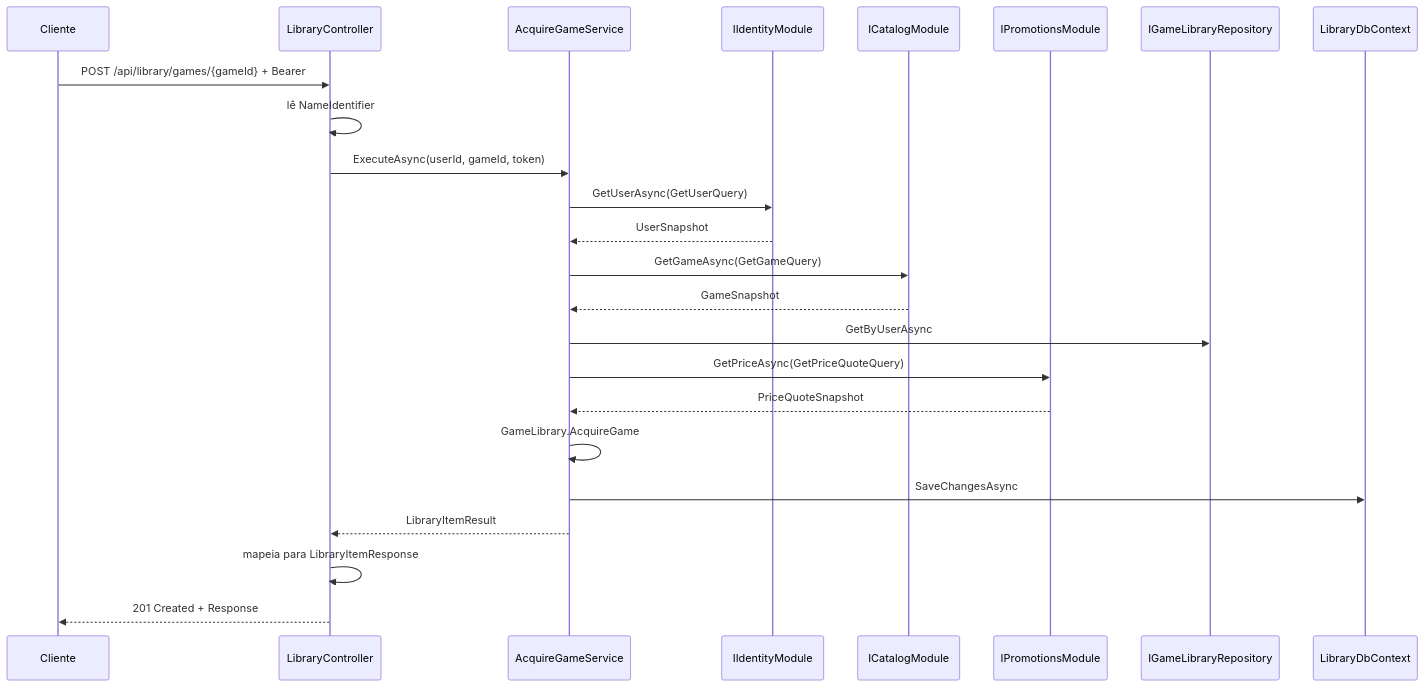
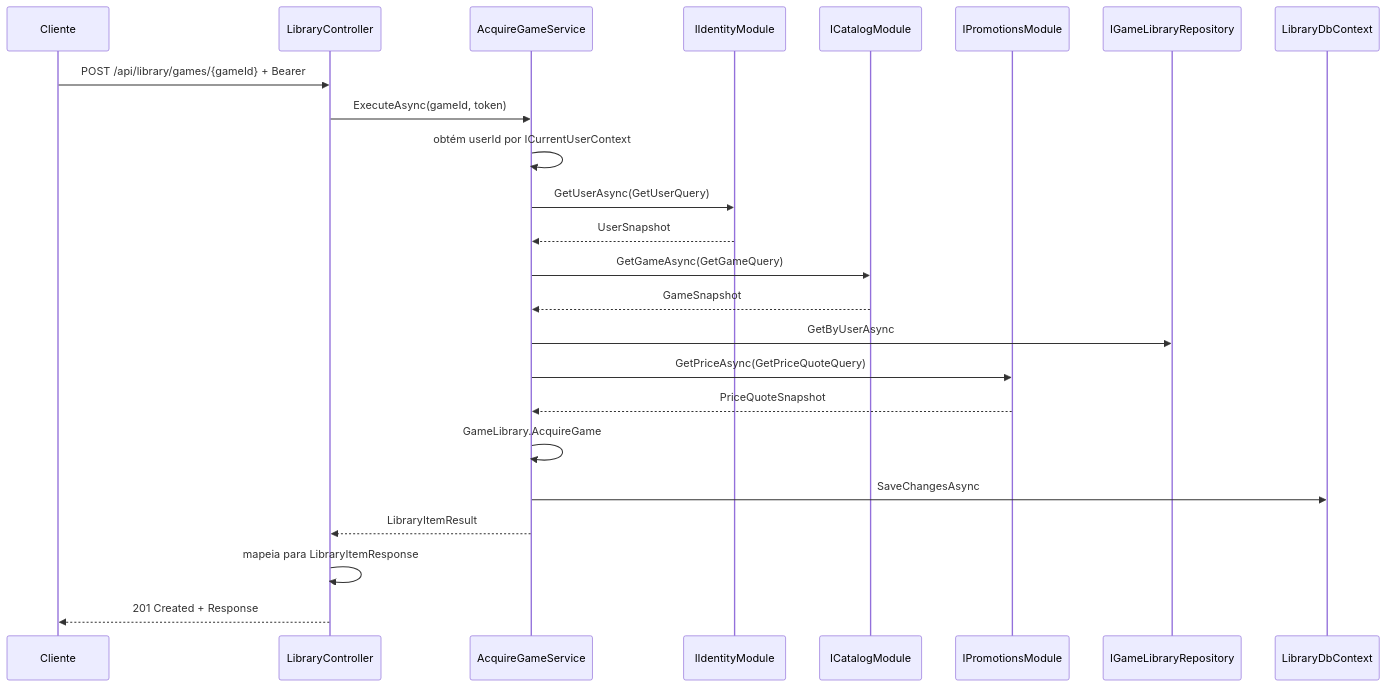
One commit to MarinsPedro/Fiap changed the diagram in docs/architecture/request-flow.md. Above: the diagram before and after it, drawn with Mermaid. The commit also changed other lines of this file and 63 other files, not shown here.

````diff
--- a/docs/architecture/request-flow.md
+++ b/docs/architecture/request-flow.md
@@ -24,26 +27,26 @@
 ```mermaid
 sequenceDiagram
     participant Client as Cliente
     participant Controller as LibraryController
     participant App as AcquireGameService
     participant Identity as IIdentityModule
     participant Catalog as ICatalogModule
     participant Promo as IPromotionsModule
     participant Repo as IGameLibraryRepository
     participant Db as LibraryDbContext
     Client->>Controller: POST /api/library/games/{gameId} + Bearer
-    Controller->>Controller: lê NameIdentifier
-    Controller->>App: ExecuteAsync(userId, gameId, token)
+    Controller->>App: ExecuteAsync(gameId, token)
+    App->>App: obtém userId por ICurrentUserContext
     App->>Identity: GetUserAsync(GetUserQuery)
     Identity-->>App: UserSnapshot
     App->>Catalog: GetGameAsync(GetGameQuery)
     Catalog-->>App: GameSnapshot
     App->>Repo: GetByUserAsync
     App->>Promo: GetPriceAsync(GetPriceQuoteQuery)
     Promo-->>App: PriceQuoteSnapshot
     App->>App: GameLibrary.AcquireGame
     App->>Db: SaveChangesAsync
     App-->>Controller: LibraryItemResult
     Controller->>Controller: mapeia para LibraryItemResponse
     Controller-->>Client: 201 Created + Response
 ```
````
